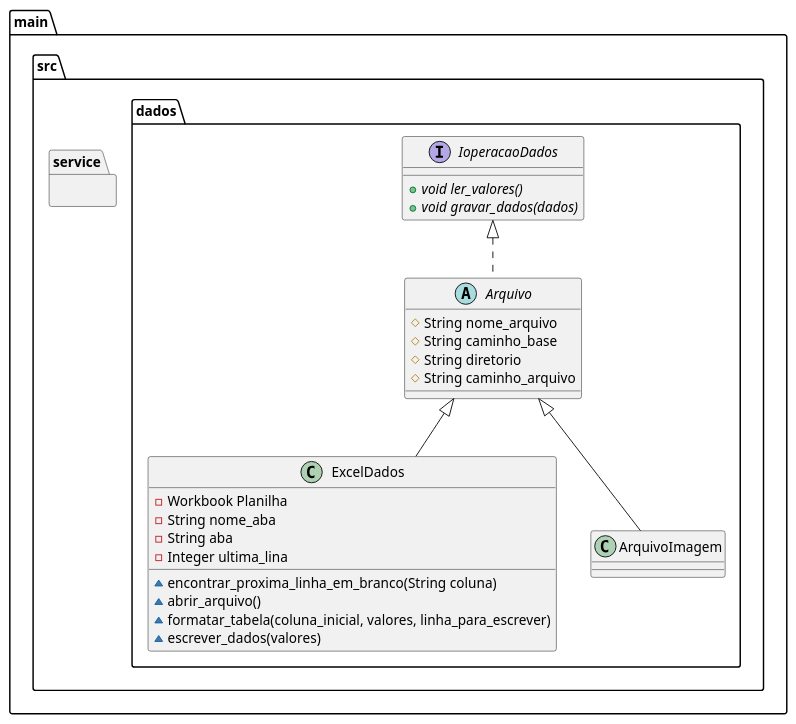
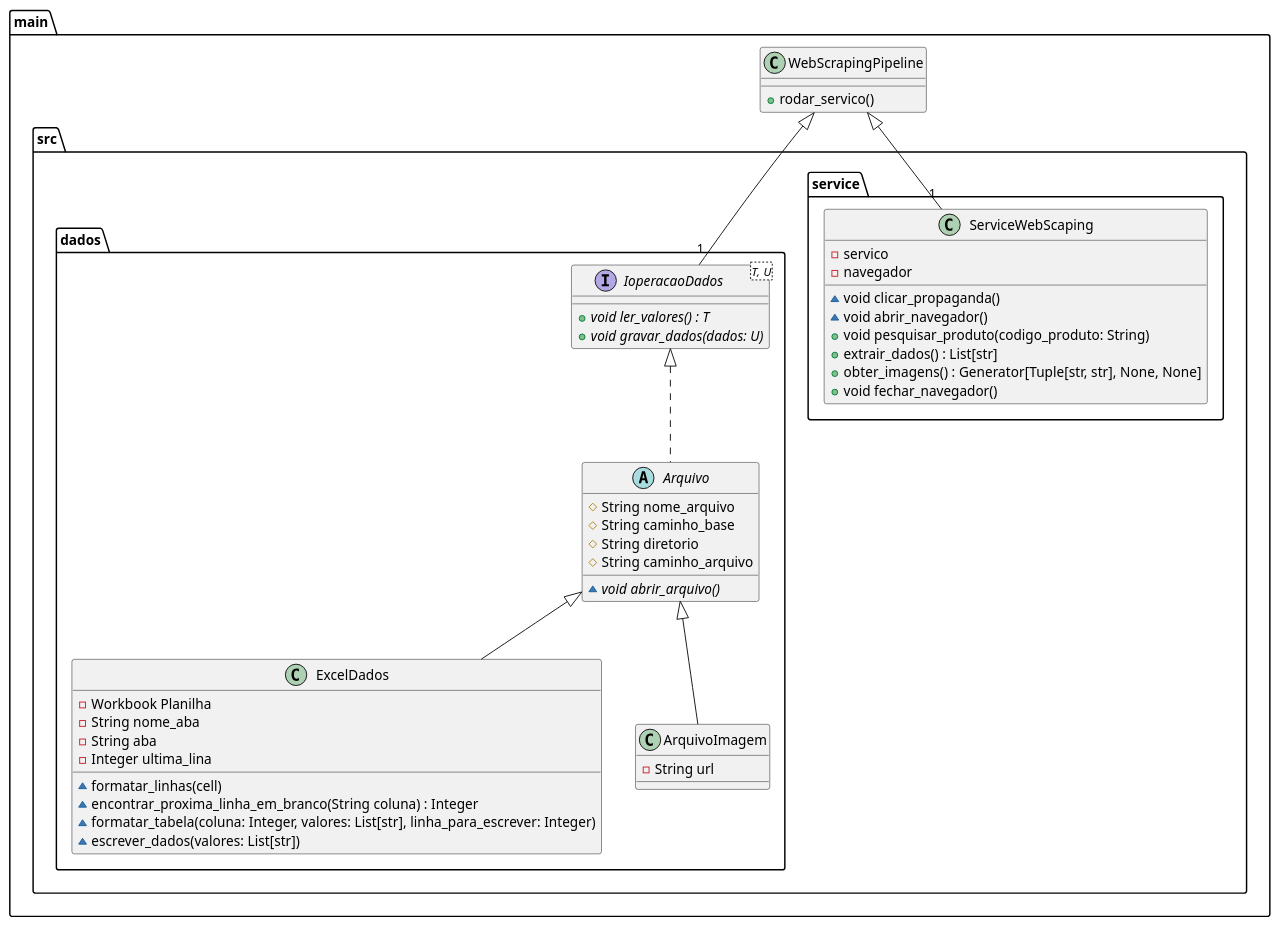
One commit to rodrigorocha1/extracao_dados_produtos_vonder changed the diagram in diagrama_uml.plantuml. Above: the diagram before and after it, drawn with PlantUML. The commit also changed 6 other files, not shown here.

```diff
--- a/diagrama_uml.plantuml
+++ b/diagrama_uml.plantuml
@@ -1,49 +1,70 @@
 @startuml
 
 package main {
+    class WebScrapingPipeline {
+            + rodar_servico()
+            
+        }
+
+        WebScrapingPipeline  <|--  "1" src.service.ServiceWebScaping
+        WebScrapingPipeline <|-- "1" src.dados.IoperacaoDados
     package src {
-
+        
         package dados {
 
-            interface IoperacaoDados {
-                + void {abstract} ler_valores()
-                + void {abstract}  gravar_dados(dados)
+            interface IoperacaoDados<T, U> {
+                + void {abstract} ler_valores() : T
+                + void {abstract} gravar_dados(dados: U)
               
             }
 
             abstract class  Arquivo implements IoperacaoDados {
                 # String nome_arquivo
                 # String caminho_base
                 # String diretorio
                 # String caminho_arquivo
+
+                ~ void {abstract} abrir_arquivo()
                 
             }
 
             class ExcelDados extends Arquivo {
                 - Workbook Planilha
                 - String nome_aba
                 - String aba
                 - Integer ultima_lina
 
-                ~ encontrar_proxima_linha_em_branco(String coluna)
-                ~ abrir_arquivo()
-                ~ formatar_tabela(coluna_inicial, valores, linha_para_escrever)
-                ~ escrever_dados(valores)
+                ~ formatar_linhas(cell)
+                ~ encontrar_proxima_linha_em_branco(String coluna) : Integer
+                ~ formatar_tabela(coluna: Integer, valores: List[str], linha_para_escrever: Integer)
+                ~ escrever_dados(valores: List[str])
+
+      
             }
 
             class ArquivoImagem extends Arquivo {
-                
+                - String url
             }
 
         }
 
         package service {
 
-           
+           class ServiceWebScaping {
+                - servico
+                - navegador
+
+                ~ void clicar_propaganda()
+                ~ void abrir_navegador()
+                + void pesquisar_produto(codigo_produto: String)
+                + extrair_dados() : List[str]
+                + obter_imagens() : Generator[Tuple[str, str], None, None]
+                + void fechar_navegador()
+           }
 
         }
 
     }
 }
 
 @enduml
```
